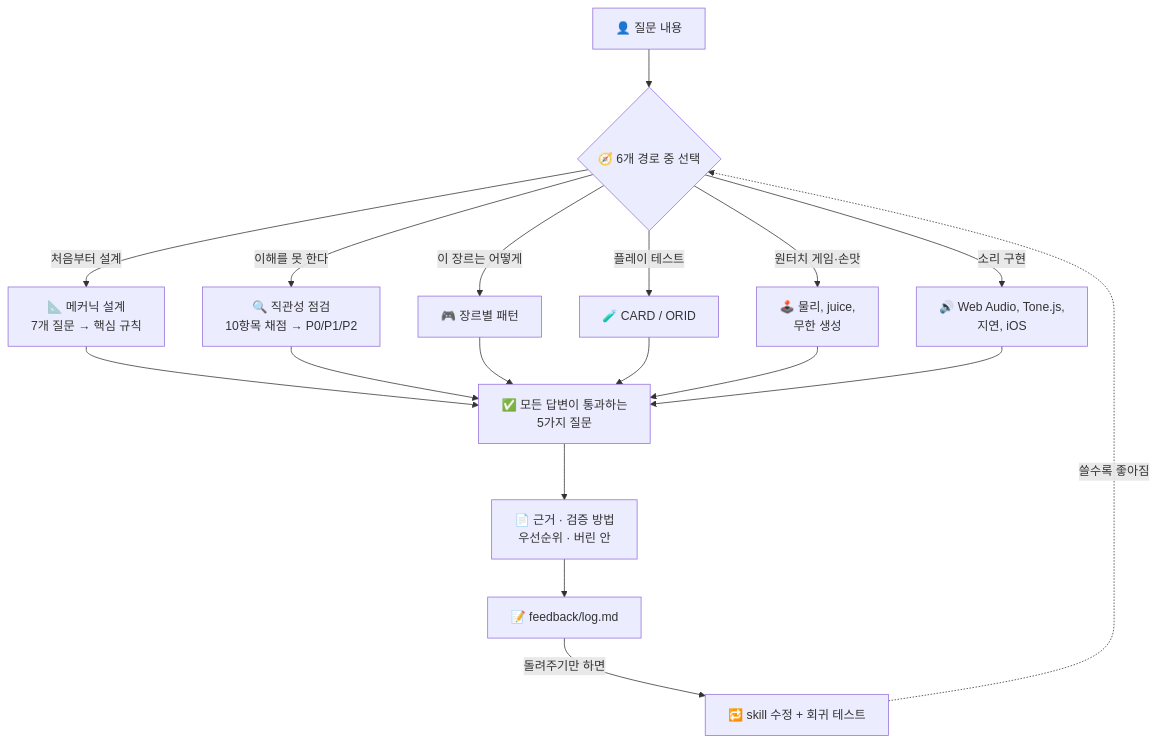
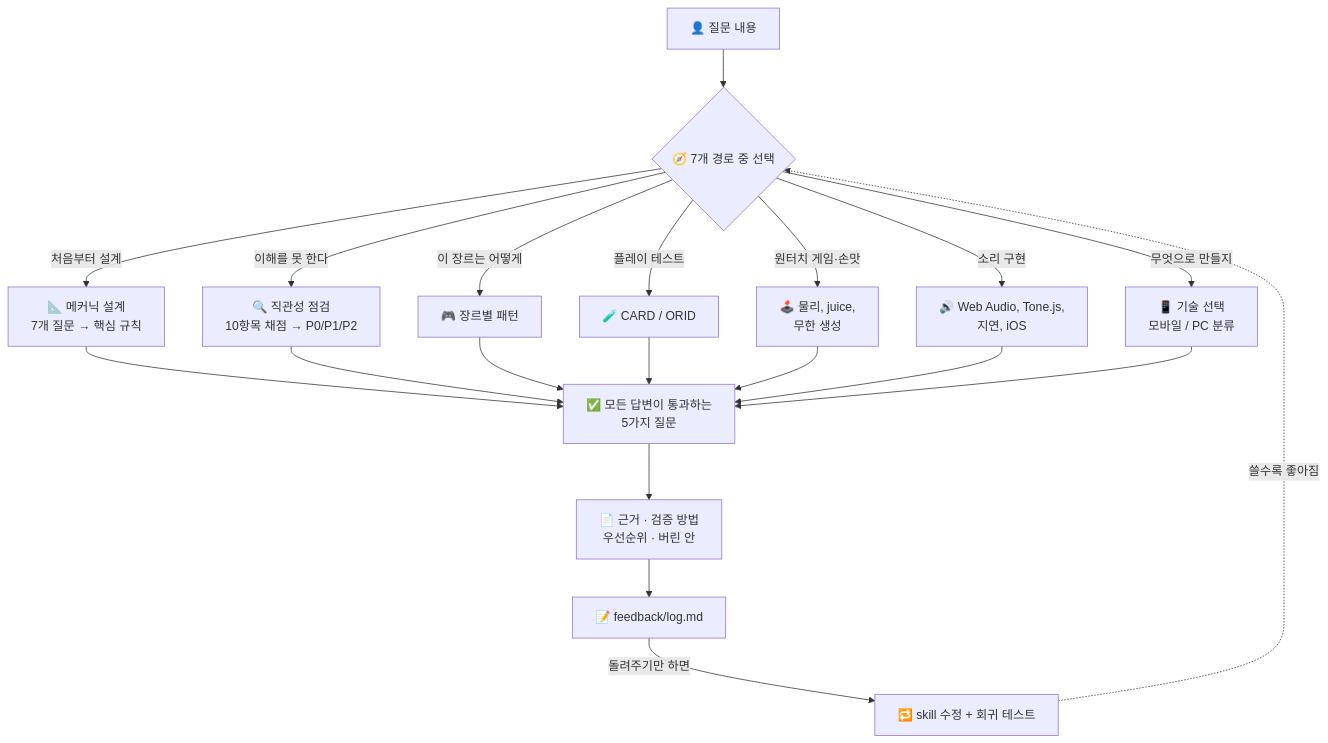
Before and after one commit to takaoumehara/intuitive-game-design-skill: the diagram in README.ko.md, drawn with Mermaid. The commit also changed other lines of this file and 7 other files, not shown here.

````diff
--- a/README.ko.md
+++ b/README.ko.md
@@ -24,17 +24,18 @@
 ```mermaid
 flowchart TD
-    U["👤 질문 내용"] --> R{"🧭 6개 경로 중 선택"}
+    U["👤 질문 내용"] --> R{"🧭 7개 경로 중 선택"}
 
     R -->|"처음부터 설계"| A["📐 메커닉 설계<br/>7개 질문 → 핵심 규칙"]
     R -->|"이해를 못 한다"| B["🔍 직관성 점검<br/>10항목 채점 → P0/P1/P2"]
     R -->|"이 장르는 어떻게"| C["🎮 장르별 패턴"]
     R -->|"플레이 테스트"| D["🧪 CARD / ORID"]
     R -->|"원터치 게임·손맛"| E["🕹️ 물리, juice,<br/>무한 생성"]
     R -->|"소리 구현"| F["🔊 Web Audio, Tone.js,<br/>지연, iOS"]
+    R -->|"무엇으로 만들지"| G["📱 기술 선택<br/>모바일 / PC 분류"]
 
-    A & B & C & D & E & F --> Q["✅ 모든 답변이 통과하는<br/>5가지 질문"]
+    A & B & C & D & E & F & G --> Q["✅ 모든 답변이 통과하는<br/>5가지 질문"]
     Q --> O["📄 근거 · 검증 방법<br/>우선순위 · 버린 안"]
     O --> L["📝 feedback/log.md"]
     L -->|"돌려주기만 하면"| FIX["🔁 skill 수정 + 회귀 테스트"]
     FIX -.->|"쓸수록 좋아짐"| R
 ```
````
